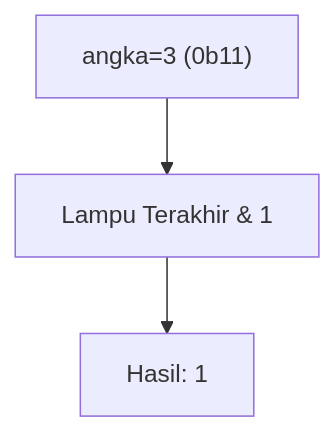
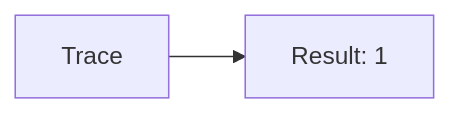
Before and after one commit to amnahwaida/OSNK_INF_PREP: the first of 25 diagrams in part-c-pemahaman-cpp/06-bitwise/latihan/set-04.md, drawn with Mermaid. The commit also changed other lines of this file and 71 other files, not shown here.

````diff
--- a/part-c-pemahaman-cpp/06-bitwise/latihan/set-04.md
+++ b/part-c-pemahaman-cpp/06-bitwise/latihan/set-04.md
@@ -21,5 +22,4 @@
 ```mermaid
-graph TD
-A["angka=3 (0b11)"] --> B["Lampu Terakhir & 1"]
-B --> C["Hasil: 1"]
+graph LR
+A[Trace] --> B[Result: 1]
 ```
````
